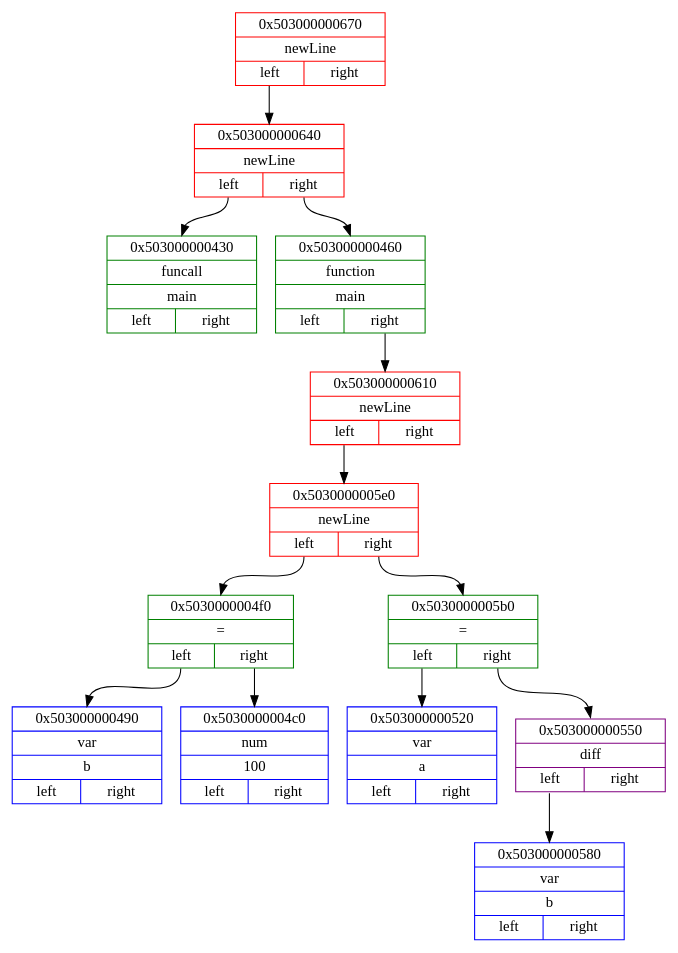
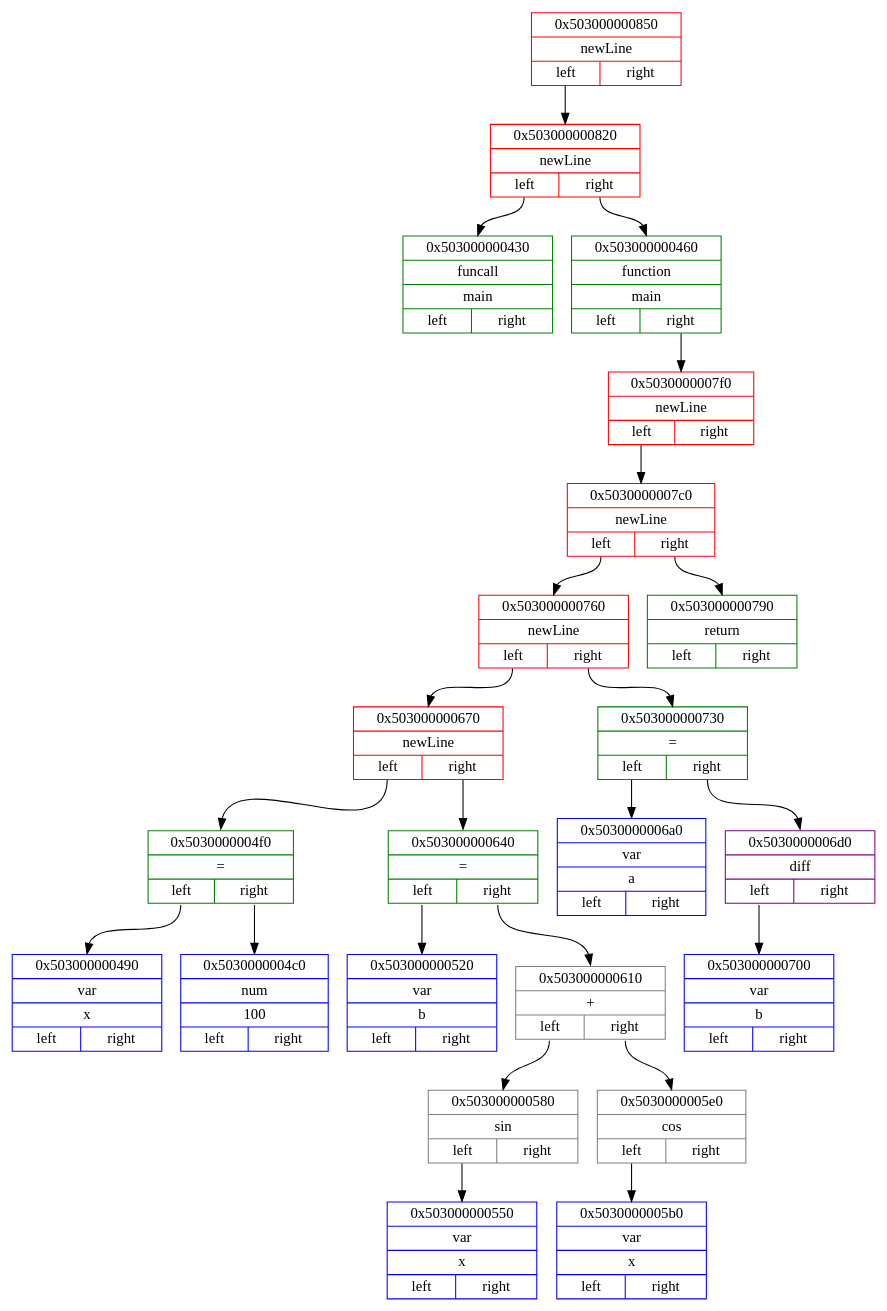
One commit to Matvey787/myProgLanguage changed the diagram in dot_files/frontenedDotFile.dot. Above: the diagram before and after it, drawn with Graphviz. The commit also changed 35 other files, not shown here.

```diff
--- a/dot_files/frontenedDotFile.dot
+++ b/dot_files/frontenedDotFile.dot
@@ -1,30 +1,50 @@
 digraph
 { 
 rankdir=HR;
 
-node0x503000000670 [ shape=record, color = red rank = 1, label= "{ 0x503000000670 | newLine |         {<n0x503000000670_l> left | <n0x503000000670_r> right}} " ];
-node0x503000000640 [ shape=record, color = red rank = 2, label= "{ 0x503000000640 | newLine |         {<n0x503000000640_l> left | <n0x503000000640_r> right}} " ];
+node0x503000000850 [ shape=record, color = red rank = 1, label= "{ 0x503000000850 | newLine |         {<n0x503000000850_l> left | <n0x503000000850_r> right}} " ];
+node0x503000000820 [ shape=record, color = red rank = 2, label= "{ 0x503000000820 | newLine |         {<n0x503000000820_l> left | <n0x503000000820_r> right}} " ];
 node0x503000000430 [ shape=record, color = green rank = 3, label= "{ 0x503000000430 | funcall | main |         {<n0x503000000430_l> left | <n0x503000000430_r> right}} " ];
-node0x503000000640:<n0x503000000640_l>:s -> node0x503000000430:n [ color = black; ]
+node0x503000000820:<n0x503000000820_l>:s -> node0x503000000430:n [ color = black; ]
 node0x503000000460 [ shape=record, color = green rank = 4, label= "{ 0x503000000460 | function | main |         {<n0x503000000460_l> left | <n0x503000000460_r> right}} " ];
-node0x503000000610 [ shape=record, color = red rank = 5, label= "{ 0x503000000610 | newLine |         {<n0x503000000610_l> left | <n0x503000000610_r> right}} " ];
-node0x5030000005e0 [ shape=record, color = red rank = 6, label= "{ 0x5030000005e0 | newLine |         {<n0x5030000005e0_l> left | <n0x5030000005e0_r> right}} " ];
-node0x5030000004f0 [ shape=record, color = green rank = 7, label= "{ 0x5030000004f0 | = |         {<n0x5030000004f0_l> left | <n0x5030000004f0_r> right}} " ];
-node0x503000000490 [ shape=record, color = blue rank = 8, label= "{ 0x503000000490 | var | b |         {<n0x503000000490_l> left | <n0x503000000490_r> right}} " ];
+node0x5030000007f0 [ shape=record, color = red rank = 5, label= "{ 0x5030000007f0 | newLine |         {<n0x5030000007f0_l> left | <n0x5030000007f0_r> right}} " ];
+node0x5030000007c0 [ shape=record, color = red rank = 6, label= "{ 0x5030000007c0 | newLine |         {<n0x5030000007c0_l> left | <n0x5030000007c0_r> right}} " ];
+node0x503000000760 [ shape=record, color = red rank = 7, label= "{ 0x503000000760 | newLine |         {<n0x503000000760_l> left | <n0x503000000760_r> right}} " ];
+node0x503000000670 [ shape=record, color = red rank = 8, label= "{ 0x503000000670 | newLine |         {<n0x503000000670_l> left | <n0x503000000670_r> right}} " ];
+node0x5030000004f0 [ shape=record, color = green rank = 9, label= "{ 0x5030000004f0 | = |         {<n0x5030000004f0_l> left | <n0x5030000004f0_r> right}} " ];
+node0x503000000490 [ shape=record, color = blue rank = 10, label= "{ 0x503000000490 | var | x |         {<n0x503000000490_l> left | <n0x503000000490_r> right}} " ];
 node0x5030000004f0:<n0x5030000004f0_l>:s -> node0x503000000490:n [ color = black; ]
-node0x5030000004c0 [ shape=record, color = blue rank = 9, label= "{ 0x5030000004c0 | num | 100 |         {<n0x5030000004c0_l> left | <n0x5030000004c0_r> right}} " ];
+node0x5030000004c0 [ shape=record, color = blue rank = 11, label= "{ 0x5030000004c0 | num | 100 |         {<n0x5030000004c0_l> left | <n0x5030000004c0_r> right}} " ];
 node0x5030000004f0:<n0x5030000004f0_r>:s -> node0x5030000004c0:n [ color = black; ]
-node0x5030000005e0:<n0x5030000005e0_l>:s -> node0x5030000004f0:n [ color = black; ]
-node0x5030000005b0 [ shape=record, color = green rank = 8, label= "{ 0x5030000005b0 | = |         {<n0x5030000005b0_l> left | <n0x5030000005b0_r> right}} " ];
-node0x503000000520 [ shape=record, color = blue rank = 9, label= "{ 0x503000000520 | var | a |         {<n0x503000000520_l> left | <n0x503000000520_r> right}} " ];
-node0x5030000005b0:<n0x5030000005b0_l>:s -> node0x503000000520:n [ color = black; ]
-node0x503000000550 [ shape=record, color = purple rank = 10, label= "{ 0x503000000550 | diff |         {<n0x503000000550_l> left | <n0x503000000550_r> right}} " ];
-node0x503000000580 [ shape=record, color = blue rank = 11, label= "{ 0x503000000580 | var | b |         {<n0x503000000580_l> left | <n0x503000000580_r> right}} " ];
-node0x503000000550:<n0x503000000550_l>:s -> node0x503000000580:n [ color = black; ]
-node0x5030000005b0:<n0x5030000005b0_r>:s -> node0x503000000550:n [ color = black; ]
-node0x5030000005e0:<n0x5030000005e0_r>:s -> node0x5030000005b0:n [ color = black; ]
-node0x503000000610:<n0x503000000610_l>:s -> node0x5030000005e0:n [ color = black; ]
-node0x503000000460:<n0x503000000460_r>:s -> node0x503000000610:n [ color = black; ]
-node0x503000000640:<n0x503000000640_r>:s -> node0x503000000460:n [ color = black; ]
-node0x503000000670:<n0x503000000670_l>:s -> node0x503000000640:n [ color = black; ]
+node0x503000000670:<n0x503000000670_l>:s -> node0x5030000004f0:n [ color = black; ]
+node0x503000000640 [ shape=record, color = green rank = 10, label= "{ 0x503000000640 | = |         {<n0x503000000640_l> left | <n0x503000000640_r> right}} " ];
+node0x503000000520 [ shape=record, color = blue rank = 11, label= "{ 0x503000000520 | var | b |         {<n0x503000000520_l> left | <n0x503000000520_r> right}} " ];
+node0x503000000640:<n0x503000000640_l>:s -> node0x503000000520:n [ color = black; ]
+node0x503000000610 [ shape=record, color = grey rank = 12, label= "{ 0x503000000610 | + |         {<n0x503000000610_l> left | <n0x503000000610_r> right}} " ];
+node0x503000000580 [ shape=record, color = grey rank = 13, label= "{ 0x503000000580 | sin |         {<n0x503000000580_l> left | <n0x503000000580_r> right}} " ];
+node0x503000000550 [ shape=record, color = blue rank = 14, label= "{ 0x503000000550 | var | x |         {<n0x503000000550_l> left | <n0x503000000550_r> right}} " ];
+node0x503000000580:<n0x503000000580_l>:s -> node0x503000000550:n [ color = black; ]
+node0x503000000610:<n0x503000000610_l>:s -> node0x503000000580:n [ color = black; ]
+node0x5030000005e0 [ shape=record, color = grey rank = 14, label= "{ 0x5030000005e0 | cos |         {<n0x5030000005e0_l> left | <n0x5030000005e0_r> right}} " ];
+node0x5030000005b0 [ shape=record, color = blue rank = 15, label= "{ 0x5030000005b0 | var | x |         {<n0x5030000005b0_l> left | <n0x5030000005b0_r> right}} " ];
+node0x5030000005e0:<n0x5030000005e0_l>:s -> node0x5030000005b0:n [ color = black; ]
+node0x503000000610:<n0x503000000610_r>:s -> node0x5030000005e0:n [ color = black; ]
+node0x503000000640:<n0x503000000640_r>:s -> node0x503000000610:n [ color = black; ]
+node0x503000000670:<n0x503000000670_r>:s -> node0x503000000640:n [ color = black; ]
+node0x503000000760:<n0x503000000760_l>:s -> node0x503000000670:n [ color = black; ]
+node0x503000000730 [ shape=record, color = green rank = 9, label= "{ 0x503000000730 | = |         {<n0x503000000730_l> left | <n0x503000000730_r> right}} " ];
+node0x5030000006a0 [ shape=record, color = blue rank = 10, label= "{ 0x5030000006a0 | var | a |         {<n0x5030000006a0_l> left | <n0x5030000006a0_r> right}} " ];
+node0x503000000730:<n0x503000000730_l>:s -> node0x5030000006a0:n [ color = black; ]
+node0x5030000006d0 [ shape=record, color = purple rank = 11, label= "{ 0x5030000006d0 | diff |         {<n0x5030000006d0_l> left | <n0x5030000006d0_r> right}} " ];
+node0x503000000700 [ shape=record, color = blue rank = 12, label= "{ 0x503000000700 | var | b |         {<n0x503000000700_l> left | <n0x503000000700_r> right}} " ];
+node0x5030000006d0:<n0x5030000006d0_l>:s -> node0x503000000700:n [ color = black; ]
+node0x503000000730:<n0x503000000730_r>:s -> node0x5030000006d0:n [ color = black; ]
+node0x503000000760:<n0x503000000760_r>:s -> node0x503000000730:n [ color = black; ]
+node0x5030000007c0:<n0x5030000007c0_l>:s -> node0x503000000760:n [ color = black; ]
+node0x503000000790 [ shape=record, color = green rank = 8, label= "{ 0x503000000790 | return |         {<n0x503000000790_l> left | <n0x503000000790_r> right}} " ];
+node0x5030000007c0:<n0x5030000007c0_r>:s -> node0x503000000790:n [ color = black; ]
+node0x5030000007f0:<n0x5030000007f0_l>:s -> node0x5030000007c0:n [ color = black; ]
+node0x503000000460:<n0x503000000460_r>:s -> node0x5030000007f0:n [ color = black; ]
+node0x503000000820:<n0x503000000820_r>:s -> node0x503000000460:n [ color = black; ]
+node0x503000000850:<n0x503000000850_l>:s -> node0x503000000820:n [ color = black; ]
 }
```
